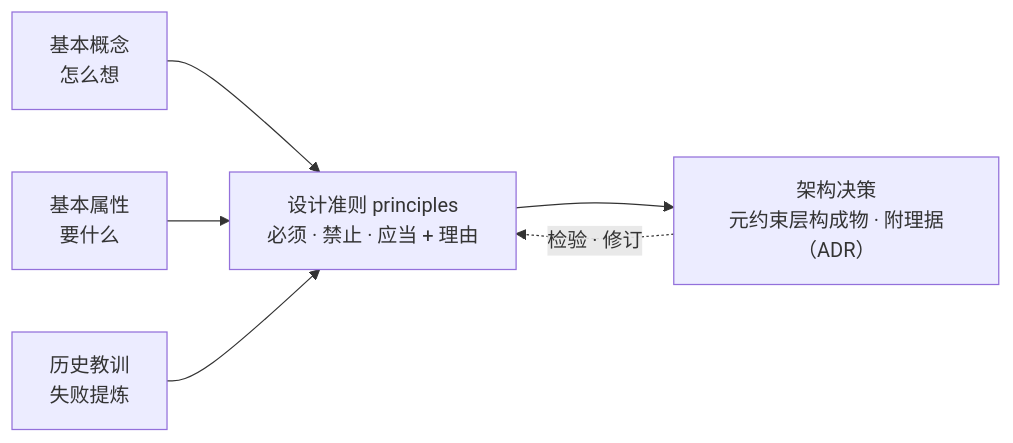
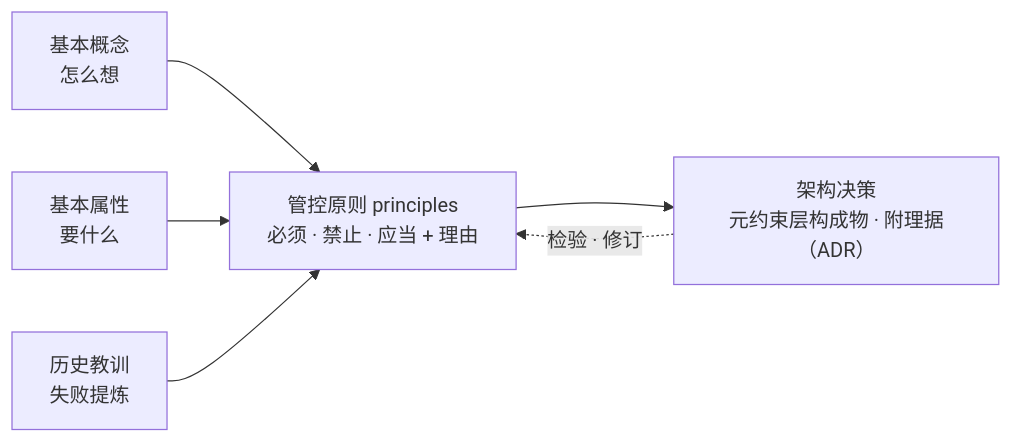
The ninth of 11 diagrams in 100-subprojects/01-系统工程研究/00-系统工程相关研究报告/10-架构设计方法论全景研究报告.md (Yongjunzhou/AOS-system-design), drawn with Mermaid before and after one commit. The commit also changed other lines of this file and 177 other files, not shown here.

````diff
--- a/100-subprojects/01-系统工程研究/00-系统工程相关研究报告/10-架构设计方法论全景研究报告.md
+++ b/100-subprojects/01-系统工程研究/00-系统工程相关研究报告/10-架构设计方法论全景研究报告.md
@@ -559,8 +562,8 @@
 ```mermaid
 flowchart LR
     C[基本概念<br/>怎么想] --> P
     A[基本属性<br/>要什么] --> P
     L[历史教训<br/>失败提炼] --> P
-    P[设计准则 principles<br/>必须 · 禁止 · 应当 + 理由] --> D[架构决策<br/>元约束层构成物 · 附理据（ADR）]
+    P[管控原则 principles<br/>必须 · 禁止 · 应当 + 理由] --> D[架构决策<br/>元约束层构成物 · 附理据（ADR）]
     D -. 检验 · 修订 .-> P
 ```
````
